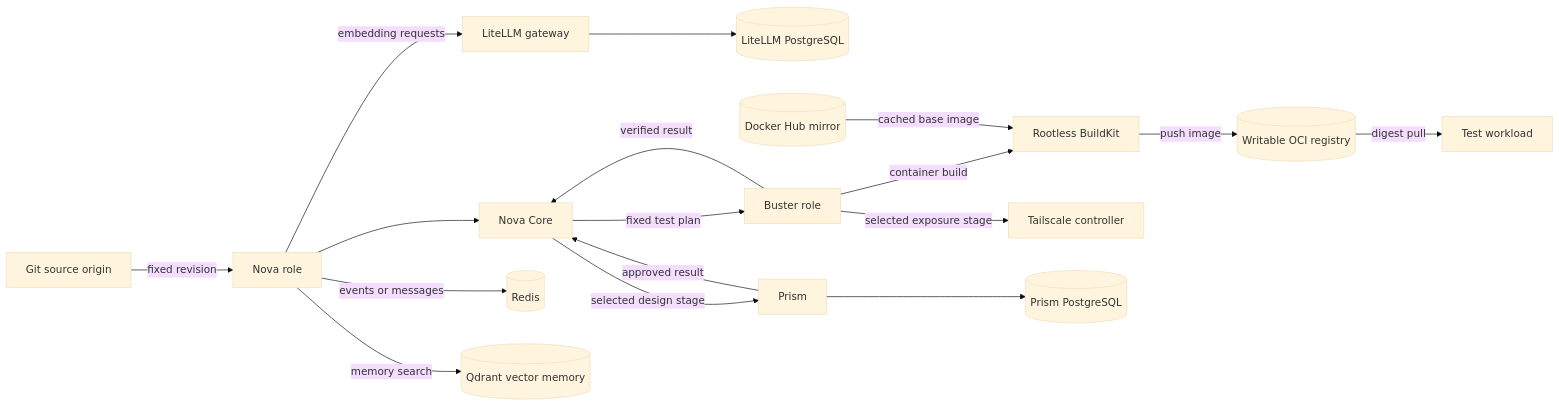
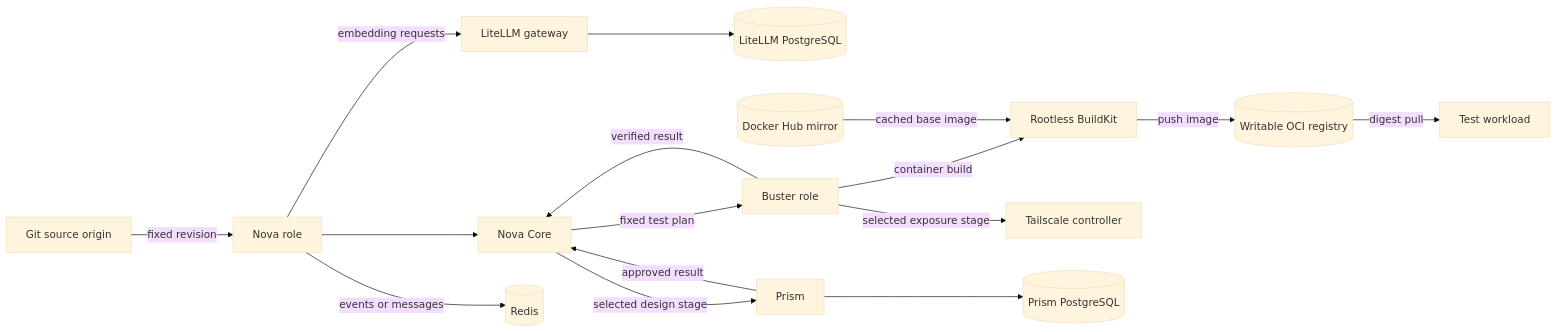
One commit to datrab/kubeclaw changed the diagram in docs/site/understand/pipeline-dependencies.md. Above: the diagram before and after it, drawn with Mermaid (base theme). The commit also changed other lines of this file and 20 other files, not shown here.

````diff
--- a/docs/site/understand/pipeline-dependencies.md
+++ b/docs/site/understand/pipeline-dependencies.md
@@ -63,19 +62,18 @@
 ```mermaid
 flowchart LR
     Git[Git source origin] -->|fixed revision| Nova[Nova role]
     Nova --> Core[Nova Core]
     Nova -->|embedding requests| Model[LiteLLM gateway]
     Model --> ModelDB[(LiteLLM PostgreSQL)]
     Nova -->|events or messages| Redis[(Redis)]
-    Nova -->|memory search| Qdrant[(Qdrant vector memory)]
     Core -->|fixed test plan| Buster[Buster role]
     Buster -->|container build| BuildKit[Rootless BuildKit]
     BuildKit -->|push image| Registry[(Writable OCI registry)]
     Mirror[(Docker Hub mirror)] -->|cached base image| BuildKit
     Registry -->|digest pull| TestPod[Test workload]
     Buster -->|selected exposure stage| Tail[Tailscale controller]
     Core -->|selected design stage| Prism[Prism]
     Prism --> PrismDB[(Prism PostgreSQL)]
     Buster -->|verified result| Core
     Prism -->|approved result| Core
 ```
````
